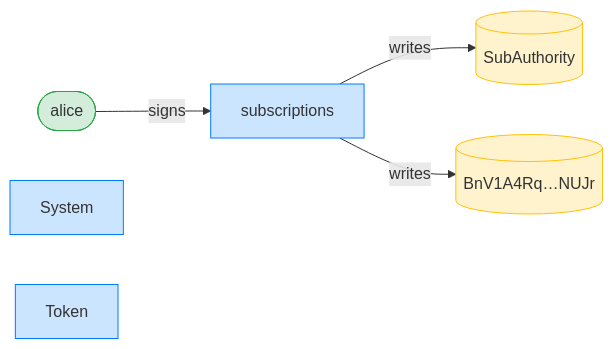
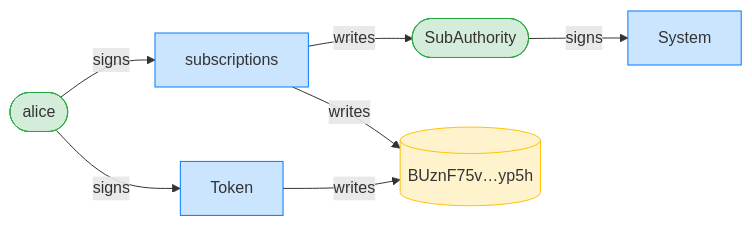
The third of 4 diagrams in dsl_tests/survive-an-over-funded-pda.md (cds-rs/subscriptions), drawn with Mermaid before and after one commit. The commit also changed other lines of this file and 224 other files, not shown here.

````diff
--- a/dsl_tests/survive-an-over-funded-pda.md
+++ b/dsl_tests/survive-an-over-funded-pda.md
@@ -59,15 +60,18 @@
 ```mermaid
 flowchart LR
     classDef signer fill:#d4edda,stroke:#28a745;
     classDef program fill:#cce5ff,stroke:#007bff;
     classDef writable fill:#fff3cd,stroke:#ffc107;
     subscriptions[subscriptions]:::program
     alice([alice]):::signer
-    SubAuthority[(SubAuthority)]:::writable
-    BnV1A4Rq_NUJr[("BnV1A4Rq…NUJr")]:::writable
+    SubAuthority([SubAuthority]):::signer
+    BUznF75v_yp5h[("BUznF75v…yp5h")]:::writable
     System[System]:::program
     Token[Token]:::program
     alice -->|signs| subscriptions
+    SubAuthority -->|signs| System
+    alice -->|signs| Token
     subscriptions -->|writes| SubAuthority
-    subscriptions -->|writes| BnV1A4Rq_NUJr
+    subscriptions -->|writes| BUznF75v_yp5h
+    Token -->|writes| BUznF75v_yp5h
 ```
````
